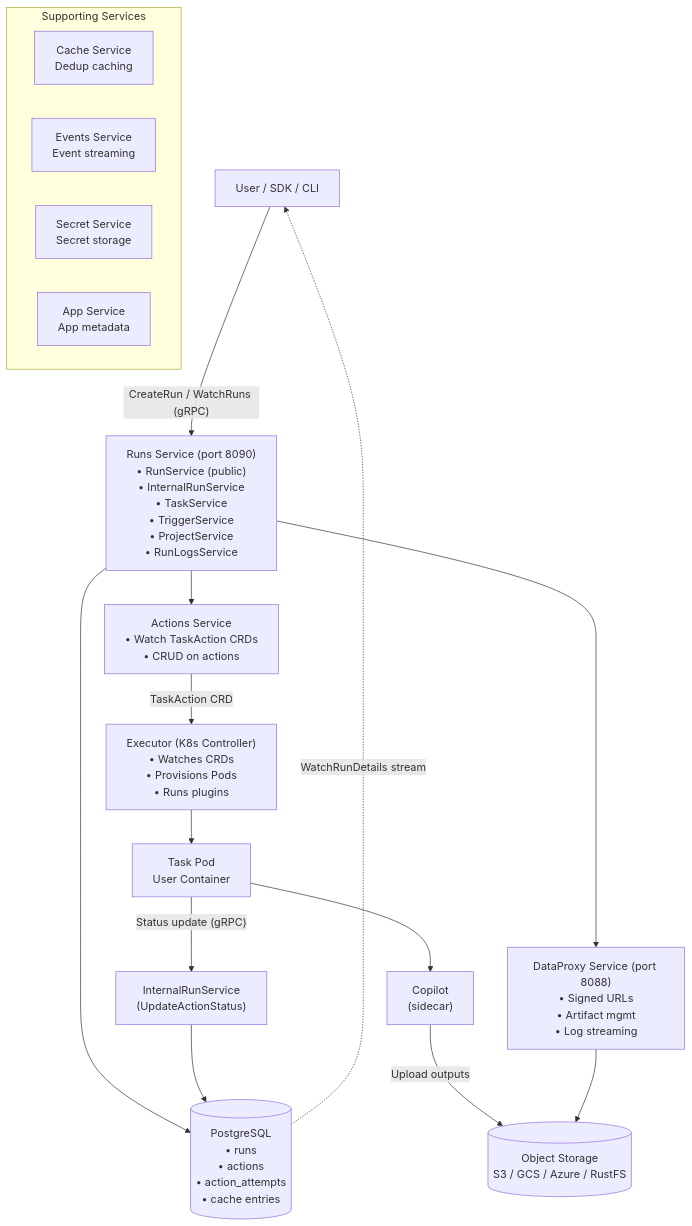
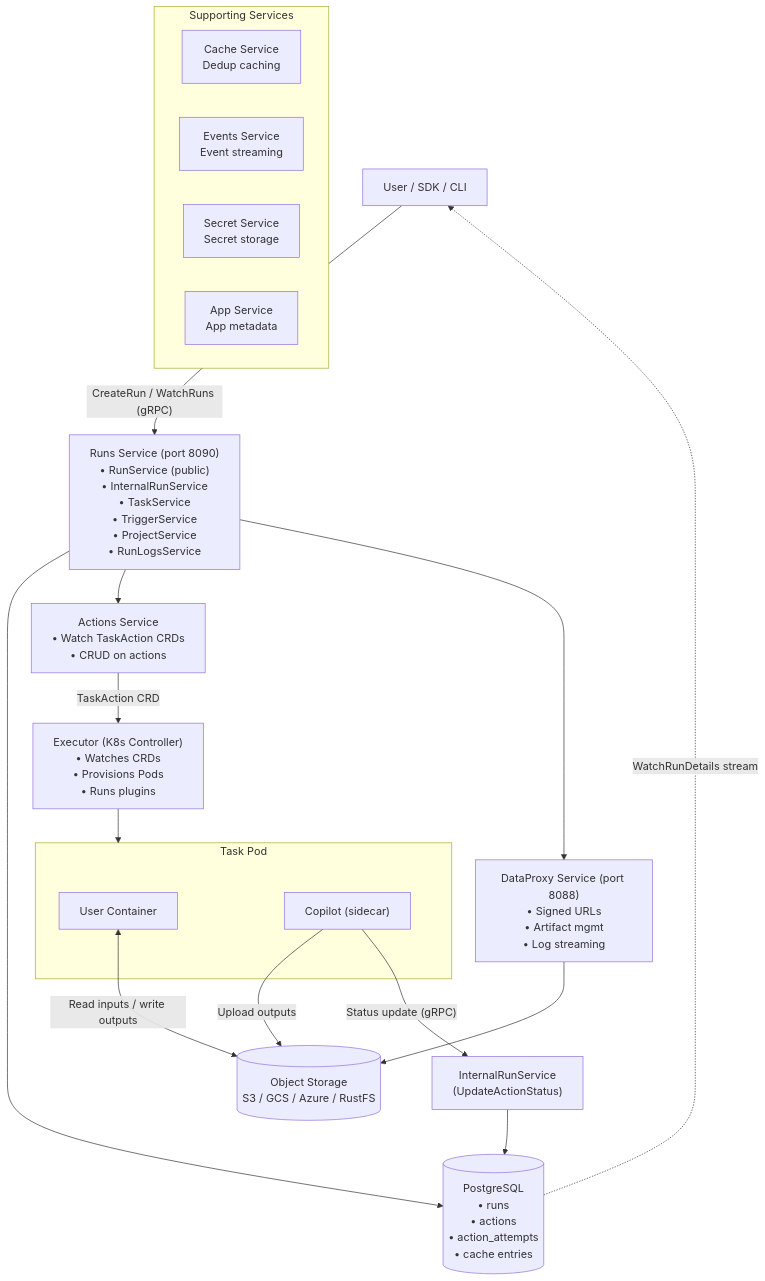
The second of 4 diagrams in docs/architecture.md (flyteorg/flyte), drawn with Mermaid before and after one commit. The commit also changed other lines of this file, not shown here.

Commit message:
Show user container reads/writes to object storage

````diff
--- a/docs/architecture.md
+++ b/docs/architecture.md
@@ -80,37 +81,39 @@
 ```mermaid
 flowchart TB
     Client["User / SDK / CLI"]
 
     Runs["Runs Service (port 8090)<br/>• RunService (public)<br/>• InternalRunService<br/>• TaskService<br/>• TriggerService<br/>• ProjectService<br/>• RunLogsService"]
 
     DB[("PostgreSQL<br/>• runs<br/>• actions<br/>• action_attempts<br/>• cache entries")]
     ActionsSvc["Actions Service<br/>• Watch TaskAction CRDs<br/>• CRUD on actions"]
     DataProxy["DataProxy Service (port 8088)<br/>• Signed URLs<br/>• Artifact mgmt<br/>• Log streaming"]
     Storage[("Object Storage<br/>S3 / GCS / Azure / RustFS")]
 
     Executor["Executor (K8s Controller)<br/>• Watches CRDs<br/>• Provisions Pods<br/>• Runs plugins"]
-    Pod["Task Pod<br/>User Container"]
-    Copilot["Copilot<br/>(sidecar)"]
+    subgraph TaskPod["Task Pod"]
+        PodUser["User Container"]
+        PodCopilot["Copilot (sidecar)"]
+    end
 
     Internal["InternalRunService<br/>(UpdateActionStatus)"]
 
     subgraph Support["Supporting Services"]
         CacheSvc["Cache Service<br/>Dedup caching"]
         EventsSvc["Events Service<br/>Event streaming"]
         SecretSvc["Secret Service<br/>Secret storage"]
         AppSvc["App Service<br/>App metadata"]
     end
 
     Client -- "CreateRun / WatchRuns (gRPC)" --> Runs
     Runs --> DB
     Runs --> ActionsSvc
     Runs --> DataProxy
     ActionsSvc -- "TaskAction CRD" --> Executor
-    Executor --> Pod
-    Pod --> Copilot
-    Copilot -- "Upload outputs" --> Storage
+    Executor --> TaskPod
+    PodUser <-- "Read inputs / write outputs" --> Storage
+    PodCopilot -- "Upload outputs" --> Storage
     DataProxy --> Storage
-    Pod -- "Status update (gRPC)" --> Internal
+    PodCopilot -- "Status update (gRPC)" --> Internal
     Internal --> DB
     DB -. "WatchRunDetails stream" .-> Client
 ```
````
